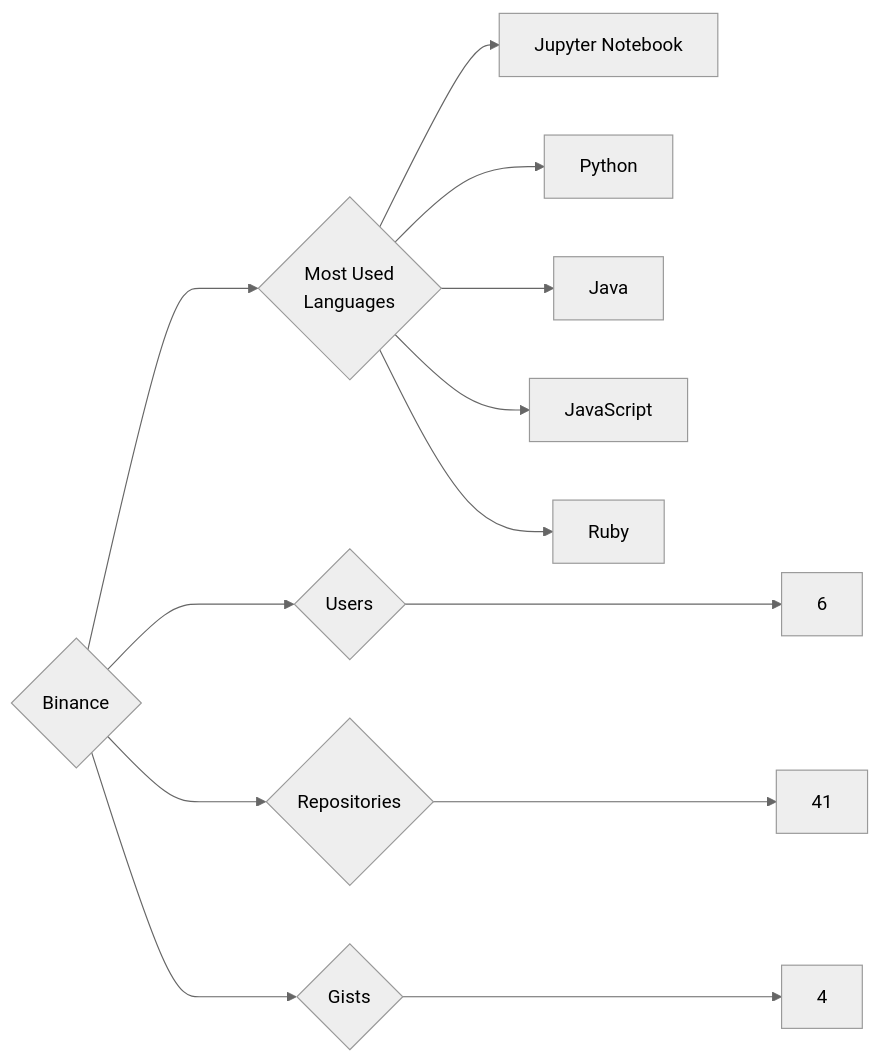
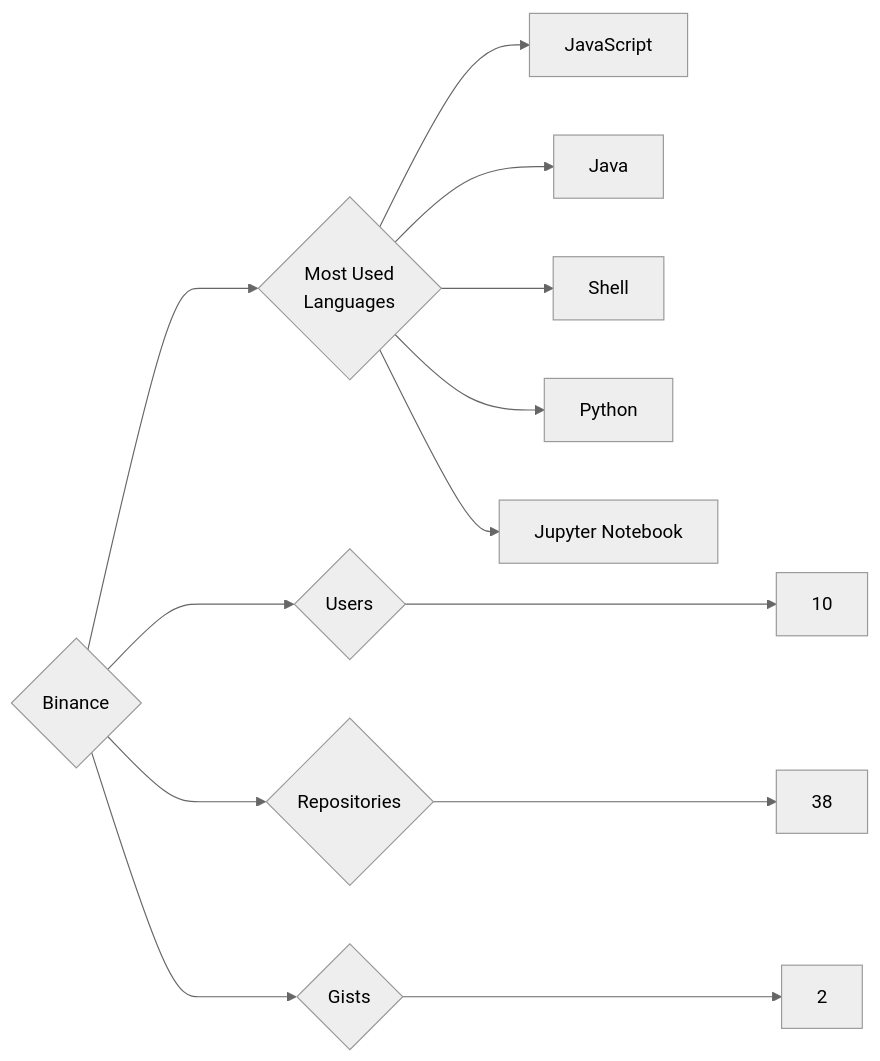
The diagram in targets/Binance/README.md (trickest/insiders), drawn with Mermaid (neutral theme) before and after one commit. The commit also changed 1120 other files, not shown here.

````diff
--- a/targets/Binance/README.md
+++ b/targets/Binance/README.md
@@ -3,13 +3,13 @@
 ```mermaid
 graph LR
 COMPANY_NAME{Binance}
-COMPANY_NAME ---> U{Users} ---> UN[6]
-COMPANY_NAME ---> R{Repositories} ---> RN[41]
-COMPANY_NAME ---> G{Gists} ---> GN[4]
+COMPANY_NAME ---> U{Users} ---> UN[10]
+COMPANY_NAME ---> R{Repositories} ---> RN[38]
+COMPANY_NAME ---> G{Gists} ---> GN[2]
 COMPANY_NAME ---> ML{Most Used<br>Languages}
+ML --> JavaScript[JavaScript]
+ML --> Java[Java]
+ML --> Shell[Shell]
+ML --> Python[Python]
 ML --> Jupyter_Notebook[Jupyter Notebook]
-ML --> Python[Python]
-ML --> Java[Java]
-ML --> JavaScript[JavaScript]
-ML --> Ruby[Ruby]
 ```
````
